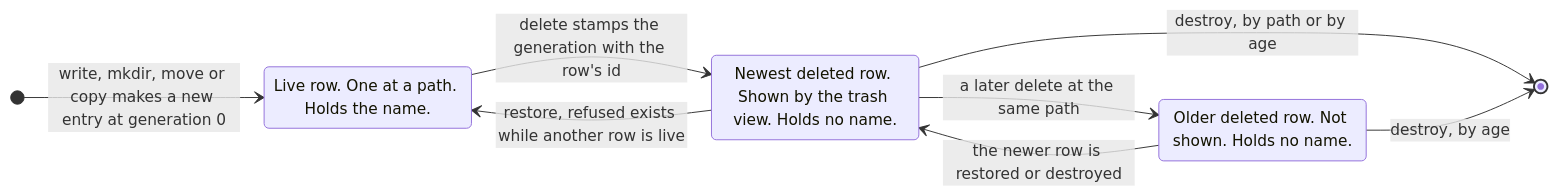
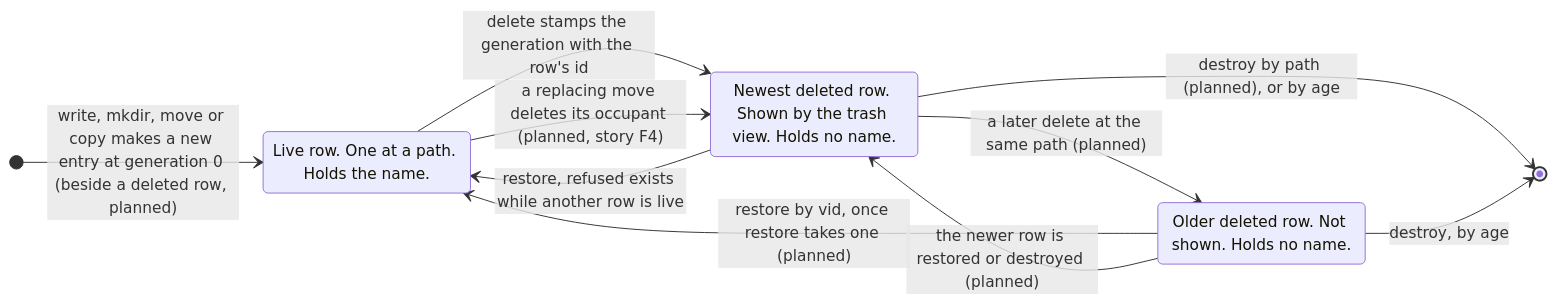
One commit to ClayGendron/vfs changed the diagram in agents/2026-11-24-a-deleted-row-gives-up-its-path/spec.md. Above: the diagram before and after it, drawn with Mermaid. The commit also changed other lines of this file and 3 other files, not shown here.

First line of the commit message:
specs: the deletes spec answers its review

````diff
--- a/agents/2026-11-24-a-deleted-row-gives-up-its-path/spec.md
+++ b/agents/2026-11-24-a-deleted-row-gives-up-its-path/spec.md
@@ -97,15 +100,17 @@
 ```mermaid
 stateDiagram-v2
     direction LR
-    [*] --> Live: write, mkdir, move or copy makes a new entry at generation 0
+    [*] --> Live: write, mkdir, move or copy makes a new entry at generation 0 (beside a deleted row, planned)
     Live --> Newest: delete stamps the generation with the row's id
-    Newest --> Older: a later delete at the same path
+    Live --> Newest: a replacing move deletes its occupant (planned, story F4)
+    Newest --> Older: a later delete at the same path (planned)
     Newest --> Live: restore, refused exists while another row is live
-    Older --> Newest: the newer row is restored or destroyed
-    Newest --> [*]: destroy, by path or by age
+    Older --> Live: restore by vid, once restore takes one (planned)
+    Older --> Newest: the newer row is restored or destroyed (planned)
+    Newest --> [*]: destroy by path (planned), or by age
     Older --> [*]: destroy, by age
 
     Live: Live row. One at a path. Holds the name.
     Newest: Newest deleted row. Shown by the trash view. Holds no name.
     Older: Older deleted row. Not shown. Holds no name.
 ```
````
